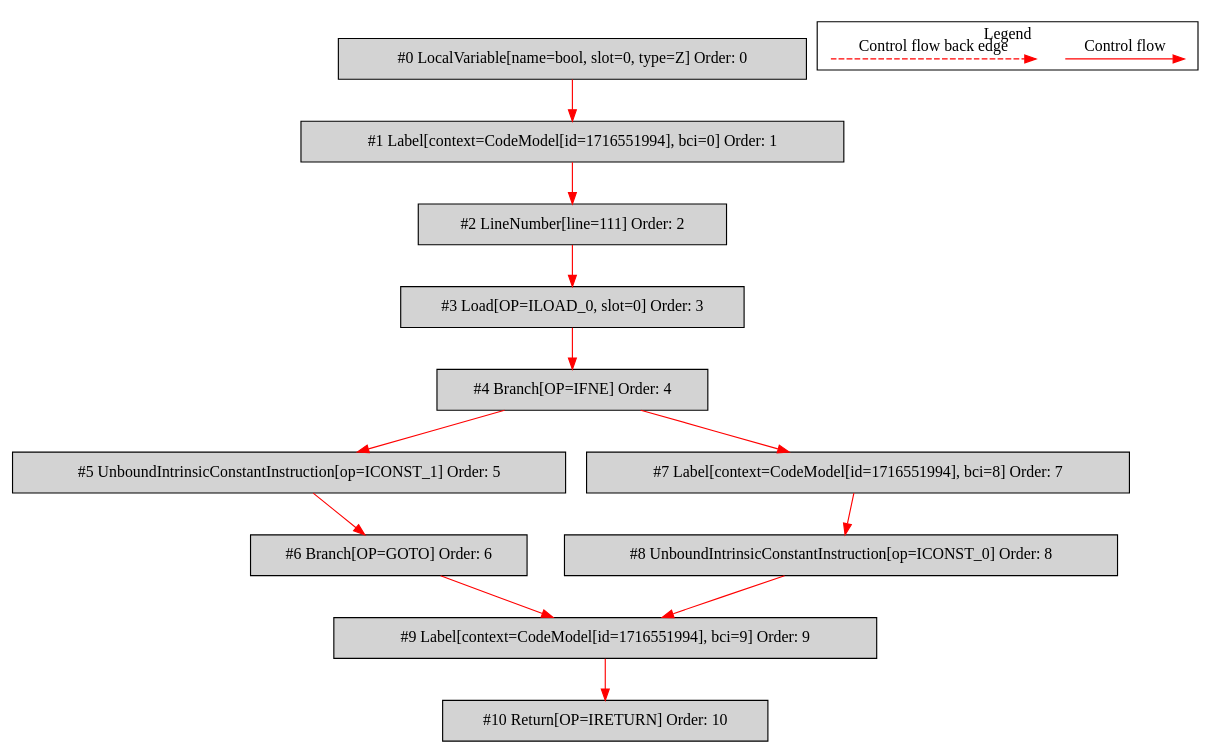
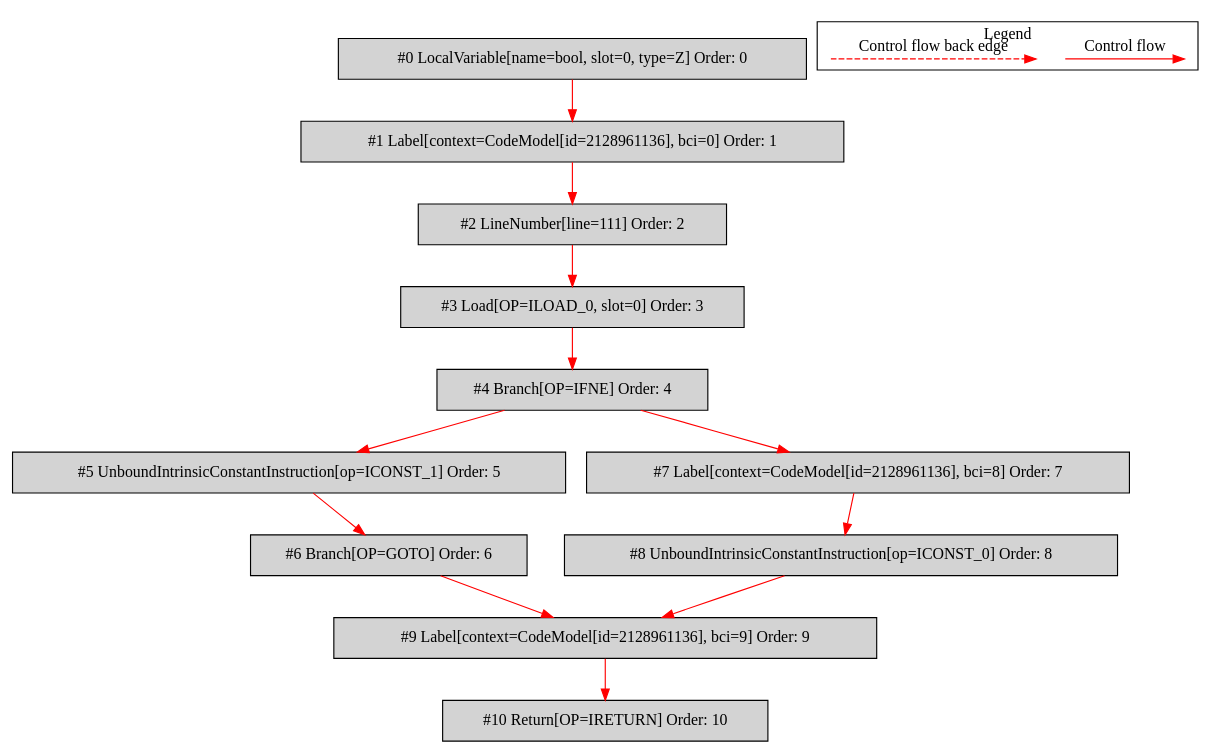
Before and after one commit to mirkosertic/MetaIR: the diagram in de.mirkosertic.metair.ir.examples.MethodInvokeTest/staticReturnBoolean/bytecodecfg.dot, drawn with Graphviz. The commit also changed 1455 other files, not shown here.

```diff
--- a/de.mirkosertic.metair.ir.examples.MethodInvokeTest/staticReturnBoolean/bytecodecfg.dot
+++ b/de.mirkosertic.metair.ir.examples.MethodInvokeTest/staticReturnBoolean/bytecodecfg.dot
@@ -1,39 +1,39 @@
 digraph {
  ordering="in";
  node0[label="#0 LocalVariable[name=bool, slot=0, type=Z] Order: 0", shape=box, fillcolor=lightgrey, style=filled];
- node1[label="#1 Label[context=CodeModel[id=1716551994], bci=0] Order: 1", shape=box, fillcolor=lightgrey, style=filled];
+ node1[label="#1 Label[context=CodeModel[id=2128961136], bci=0] Order: 1", shape=box, fillcolor=lightgrey, style=filled];
  node2[label="#2 LineNumber[line=111] Order: 2", shape=box, fillcolor=lightgrey, style=filled];
  node3[label="#3 Load[OP=ILOAD_0, slot=0] Order: 3", shape=box, fillcolor=lightgrey, style=filled];
  node4[label="#4 Branch[OP=IFNE] Order: 4", shape=box, fillcolor=lightgrey, style=filled];
  node5[label="#5 UnboundIntrinsicConstantInstruction[op=ICONST_1] Order: 5", shape=box, fillcolor=lightgrey, style=filled];
  node6[label="#6 Branch[OP=GOTO] Order: 6", shape=box, fillcolor=lightgrey, style=filled];
- node7[label="#7 Label[context=CodeModel[id=1716551994], bci=8] Order: 7", shape=box, fillcolor=lightgrey, style=filled];
+ node7[label="#7 Label[context=CodeModel[id=2128961136], bci=8] Order: 7", shape=box, fillcolor=lightgrey, style=filled];
  node8[label="#8 UnboundIntrinsicConstantInstruction[op=ICONST_0] Order: 8", shape=box, fillcolor=lightgrey, style=filled];
- node9[label="#9 Label[context=CodeModel[id=1716551994], bci=9] Order: 9", shape=box, fillcolor=lightgrey, style=filled];
+ node9[label="#9 Label[context=CodeModel[id=2128961136], bci=9] Order: 9", shape=box, fillcolor=lightgrey, style=filled];
  node10[label="#10 Return[OP=IRETURN] Order: 10", shape=box, fillcolor=lightgrey, style=filled];
  node0 -> node1[color=red];
  node1 -> node2[color=red];
  node2 -> node3[color=red];
  node3 -> node4[color=red];
  node4 -> node5[color=red];
  node5 -> node6[color=red];
  node4 -> node7[color=red];
  node7 -> node8[color=red];
  node6 -> node9[color=red];
  node8 -> node9[color=red];
  node9 -> node10[color=red];
  subgraph cluster_000 {
   label = "Legend";
   node [shape=point]
   {
    rank=same;
    c0 [style = invis];
    c1 [style = invis];
    c2 [style = invis];
    c3 [style = invis];
   }
   c0 -> c1 [label="Control flow", style=solid, color=red]
   c2 -> c3 [label="Control flow back edge", style=dashed, color=red]
  }
 
 }
```
